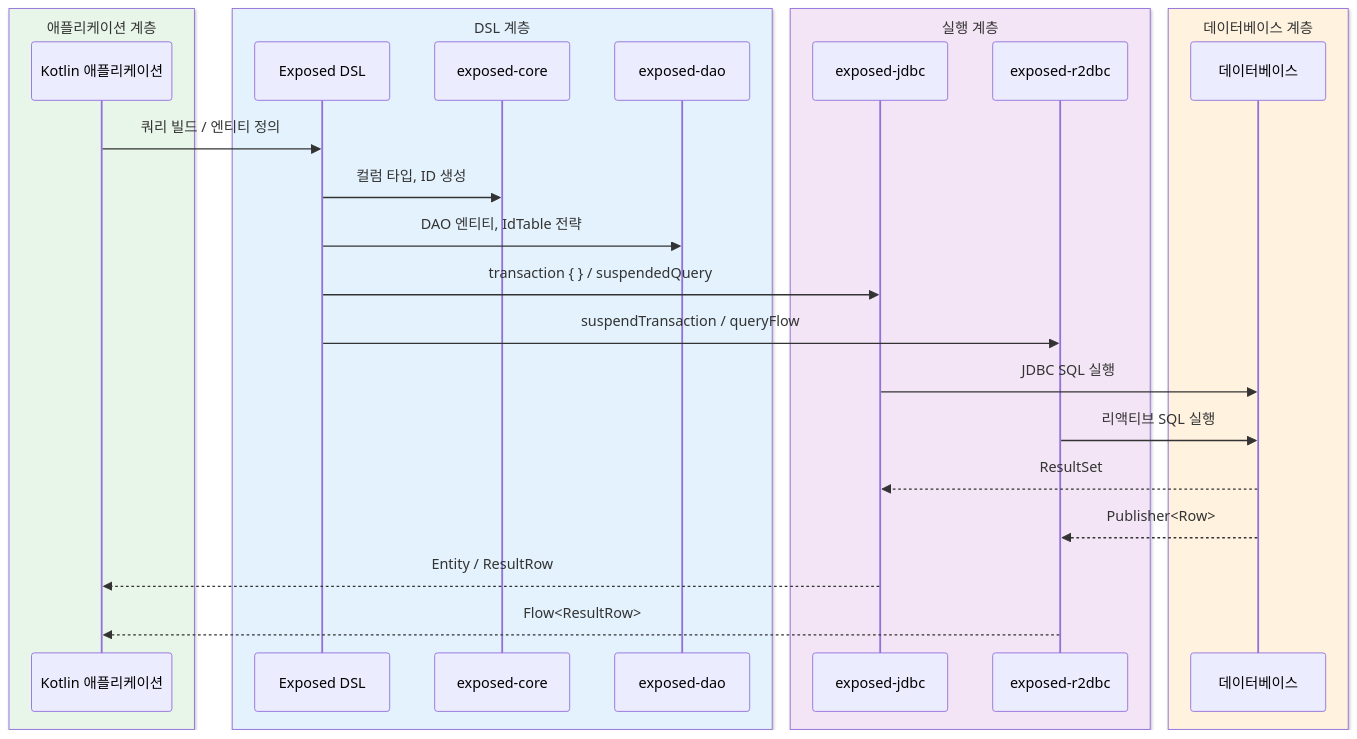
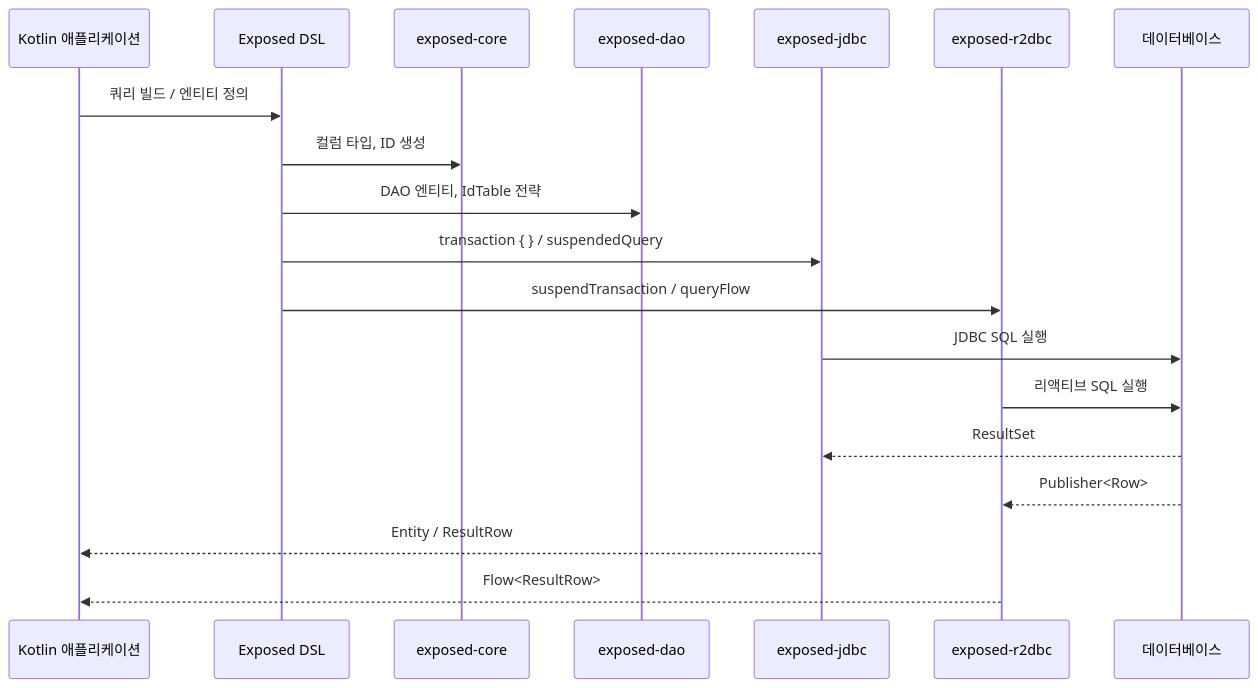
Before and after one commit to bluetape4k/bluetape4k-projects: the second of 2 diagrams in data/exposed/README.ko.md, drawn with Mermaid. The commit also changed other lines of this file and 219 other files, not shown here.

First line of the commit message:
docs: 전체 README Mermaid 다이어그램 가이드 적용

````diff
--- a/data/exposed/README.ko.md
+++ b/data/exposed/README.ko.md
@@ -130,30 +130,22 @@
 ```mermaid
 sequenceDiagram
-    box rgb(232,245,233) 애플리케이션 계층
         participant App as Kotlin 애플리케이션
-    end
-    box rgb(227,242,253) DSL 계층
         participant DSL as Exposed DSL
         participant Core as exposed-core
         participant DAO as exposed-dao
-    end
-    box rgb(243,229,245) 실행 계층
         participant JDBC as exposed-jdbc
         participant R2DBC as exposed-r2dbc
-    end
-    box rgb(255,243,224) 데이터베이스 계층
         participant DB as 데이터베이스
-    end
 
     App->>DSL: 쿼리 빌드 / 엔티티 정의
     DSL->>Core: 컬럼 타입, ID 생성
     DSL->>DAO: DAO 엔티티, IdTable 전략
     DSL->>JDBC: transaction { } / suspendedQuery
     DSL->>R2DBC: suspendTransaction / queryFlow
     JDBC->>DB: JDBC SQL 실행
     R2DBC->>DB: 리액티브 SQL 실행
     DB-->>JDBC: ResultSet
     DB-->>R2DBC: Publisher<Row>
     JDBC-->>App: Entity / ResultRow
     R2DBC-->>App: Flow<ResultRow>
 ```
````
